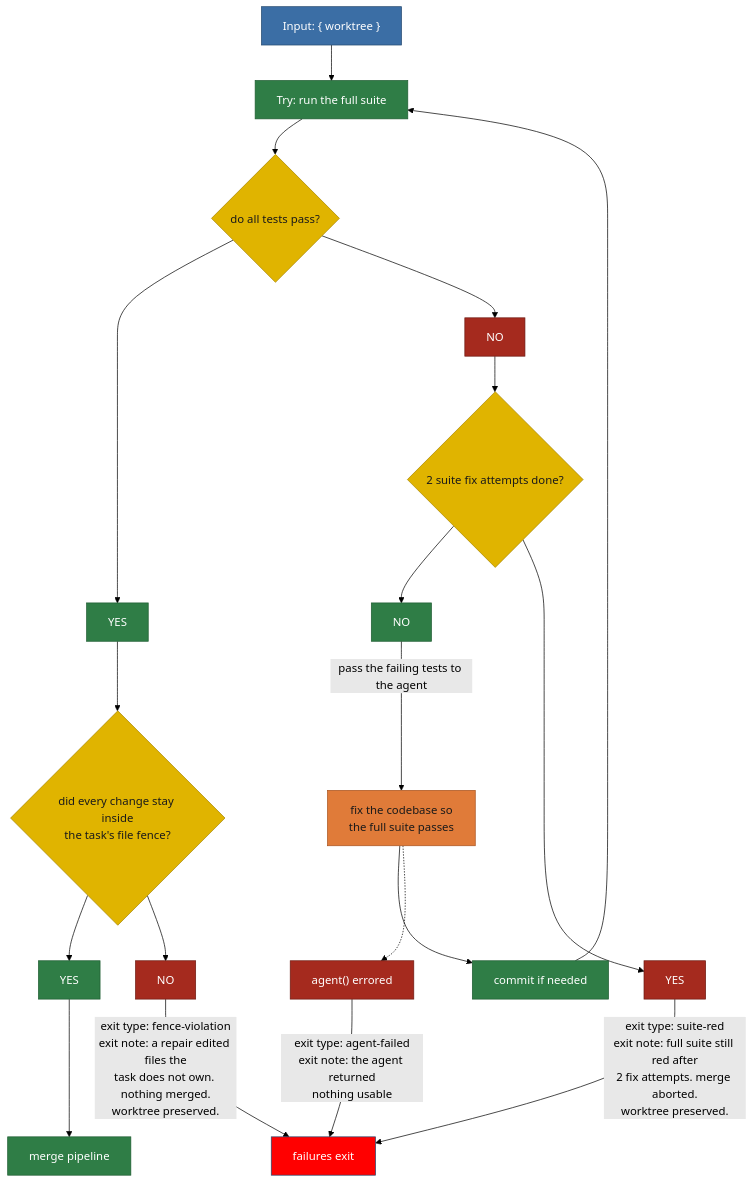
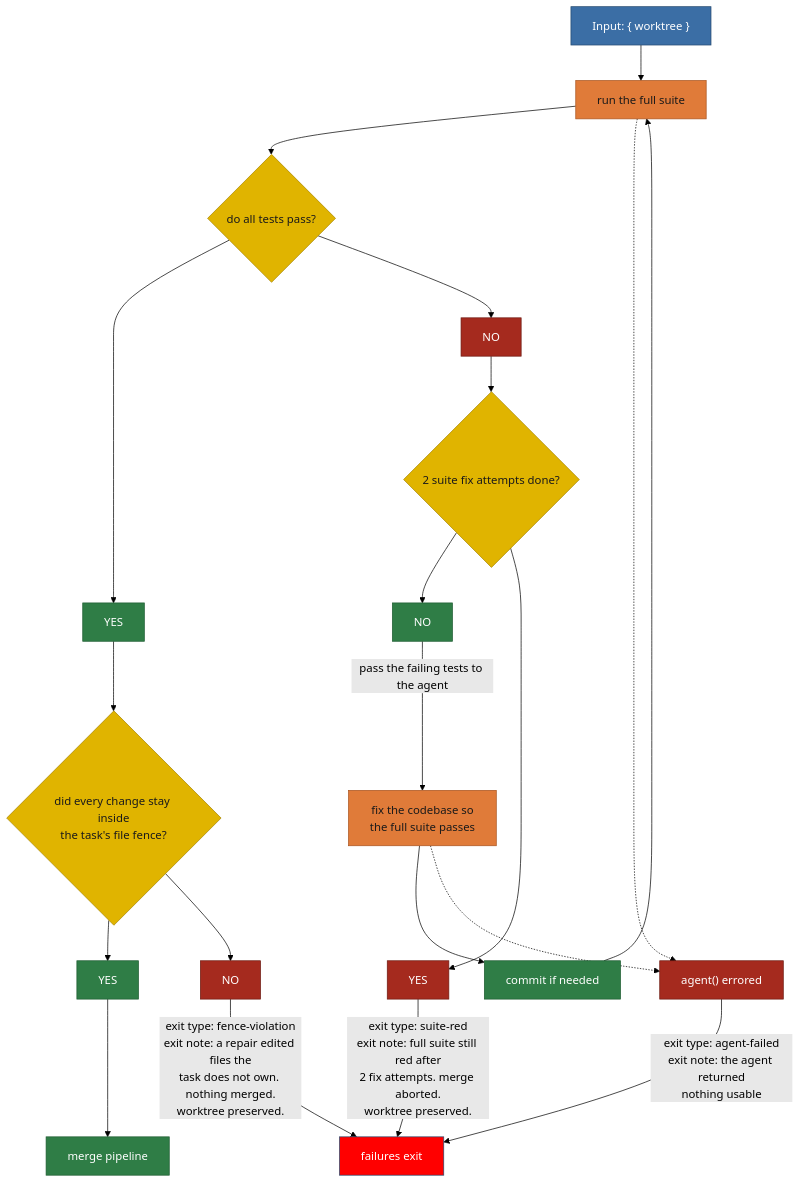
Before and after one commit to matkatmusic/taskTools: the diagram in plans/diagram/pipeline-suite.mmd, drawn with Mermaid (forest theme). The commit also changed 13 other files, not shown here.

Commit message:
added fix-suite and run-suite prompts

```diff
--- a/plans/diagram/pipeline-suite.mmd
+++ b/plans/diagram/pipeline-suite.mmd
@@ -1,72 +1,77 @@
 flowchart TB
 %% FULL SUITE PIPELINE. Split from pipeline-rebaseMerge.mmd.
 %% ---
 %% Input: a rebased worktree, with the source repo lock already held.
 %% ---
 %% Job: get the whole test suite green on the target branch.
 %% ---
 %% Rules not shown in the graph:
+%% ---
+%% The workflow sandbox cannot run a script, so this box is an agent box.
+%% ---
+%% The agent runs runFullSuite.ts with Bash and hands back the verdict.
 %% ---
 %% The fence gate runs once, after the fix loop and before the merge.
 %% ---
 %% It re-derives the diff itself and never trusts an agent's self-report.
 %% ---
 %% See checkTaskFileFence.ts.
 %% ---
 %% Counters count fix attempts, not failing runs.
 %% ---
 %% They are per-invocation, not persisted to tasks.json.
 %% ---
 %% KNOWN CEILING: the source lock goes stale at 15 minutes.
 %% ---
 %% Refreshes happen only between boxes, no background timer.
 %% ---
 %% See sourceRepoLock.ts, no setInterval.
 %% ---
 %% A script that fails operationally exits as run-failed.
 %% ---
 %% Exit types: agent-failed, suite-red, fence-violation, run-failed.
 
   REBASED_WORKTREE_INPUT["Input: { worktree }"] --> RUN_FULL_SUITE
-  RUN_FULL_SUITE["Try: run the full suite"] --> DO_ALL_TESTS_PASS{"do all tests pass?"}
+  RUN_FULL_SUITE["run the full suite"] --> DO_ALL_TESTS_PASS{"do all tests pass?"}
   DO_ALL_TESTS_PASS --> DO_ALL_TESTS_PASS_YES["YES"]
   DO_ALL_TESTS_PASS --> DO_ALL_TESTS_PASS_NO["NO"]
 
   DO_ALL_TESTS_PASS_NO --> ARE_2_SUITE_FIXES_DONE{"2 suite fix attempts done?"}
   ARE_2_SUITE_FIXES_DONE --> ARE_2_SUITE_FIXES_DONE_NO["NO"]
   ARE_2_SUITE_FIXES_DONE --> ARE_2_SUITE_FIXES_DONE_YES["YES"]
   ARE_2_SUITE_FIXES_DONE_NO -- "pass the failing tests to the agent" --> FIX_THE_CODEBASE_FOR_SUITE["fix the codebase so<br/>the full suite passes"]
   FIX_THE_CODEBASE_FOR_SUITE --> COMMIT_IF_NEEDED["commit if needed"]
   COMMIT_IF_NEEDED --> RUN_FULL_SUITE
   ARE_2_SUITE_FIXES_DONE_YES -- "exit type: suite-red<br/>exit note: full suite still red after<br/>2 fix attempts. merge aborted.<br/>worktree preserved." --> EXIT_WORKFLOW
 
   DO_ALL_TESTS_PASS_YES --> DID_CHANGES_STAY_INSIDE_FENCE{"did every change stay inside<br/>the task's file fence?"}
   DID_CHANGES_STAY_INSIDE_FENCE --> DID_CHANGES_STAY_INSIDE_FENCE_YES["YES"]
   DID_CHANGES_STAY_INSIDE_FENCE --> DID_CHANGES_STAY_INSIDE_FENCE_NO["NO"]
   DID_CHANGES_STAY_INSIDE_FENCE_YES --> MERGE_PIPELINE["merge pipeline"]
   DID_CHANGES_STAY_INSIDE_FENCE_NO -- "exit type: fence-violation<br/>exit note: a repair edited files the<br/>task does not own. nothing merged.<br/>worktree preserved." --> EXIT_WORKFLOW
 
   FIX_THE_CODEBASE_FOR_SUITE -.-> AGENT_ERRORED["agent() errored"] -- "exit type: agent-failed<br/>exit note: the agent returned<br/>nothing usable" --> EXIT_WORKFLOW
+  RUN_FULL_SUITE -.-> AGENT_ERRORED
 
   EXIT_WORKFLOW["failures exit"]
 
   %% Green heads for the next pipeline.
   %% ---
   %% Red goes back round the cycle or ends in the exit workflow.
   classDef pipeline fill:#2f7d46,stroke:#1e5c31,color:#ffffff
   classDef script fill:#2f7d46,stroke:#1e5c31,color:#ffffff
   classDef agent fill:#e07b39,stroke:#a8541f,color:#1a1a1a
   classDef decision fill:#e0b400,stroke:#a88600,color:#1a1a1a
   classDef output fill:#3b6ea5,stroke:#254a70,color:#ffffff
   classDef fail fill:red,stroke:#254a70,color:#ffffff
   classDef pass fill:#2f7d46,stroke:#1e5c31,color:#ffffff
   classDef nopass fill:#a52a1e,stroke:#6d1a12,color:#ffffff
   class DO_ALL_TESTS_PASS,ARE_2_SUITE_FIXES_DONE,DID_CHANGES_STAY_INSIDE_FENCE decision
-  class RUN_FULL_SUITE,COMMIT_IF_NEEDED script
-  class FIX_THE_CODEBASE_FOR_SUITE agent
+  class COMMIT_IF_NEEDED script
+  class RUN_FULL_SUITE,FIX_THE_CODEBASE_FOR_SUITE agent
   class MERGE_PIPELINE pipeline
   class DO_ALL_TESTS_PASS_YES,ARE_2_SUITE_FIXES_DONE_NO,DID_CHANGES_STAY_INSIDE_FENCE_YES pass
   class DO_ALL_TESTS_PASS_NO,ARE_2_SUITE_FIXES_DONE_YES,DID_CHANGES_STAY_INSIDE_FENCE_NO nopass
   class AGENT_ERRORED nopass
   class EXIT_WORKFLOW fail
   class REBASED_WORKTREE_INPUT output
```
